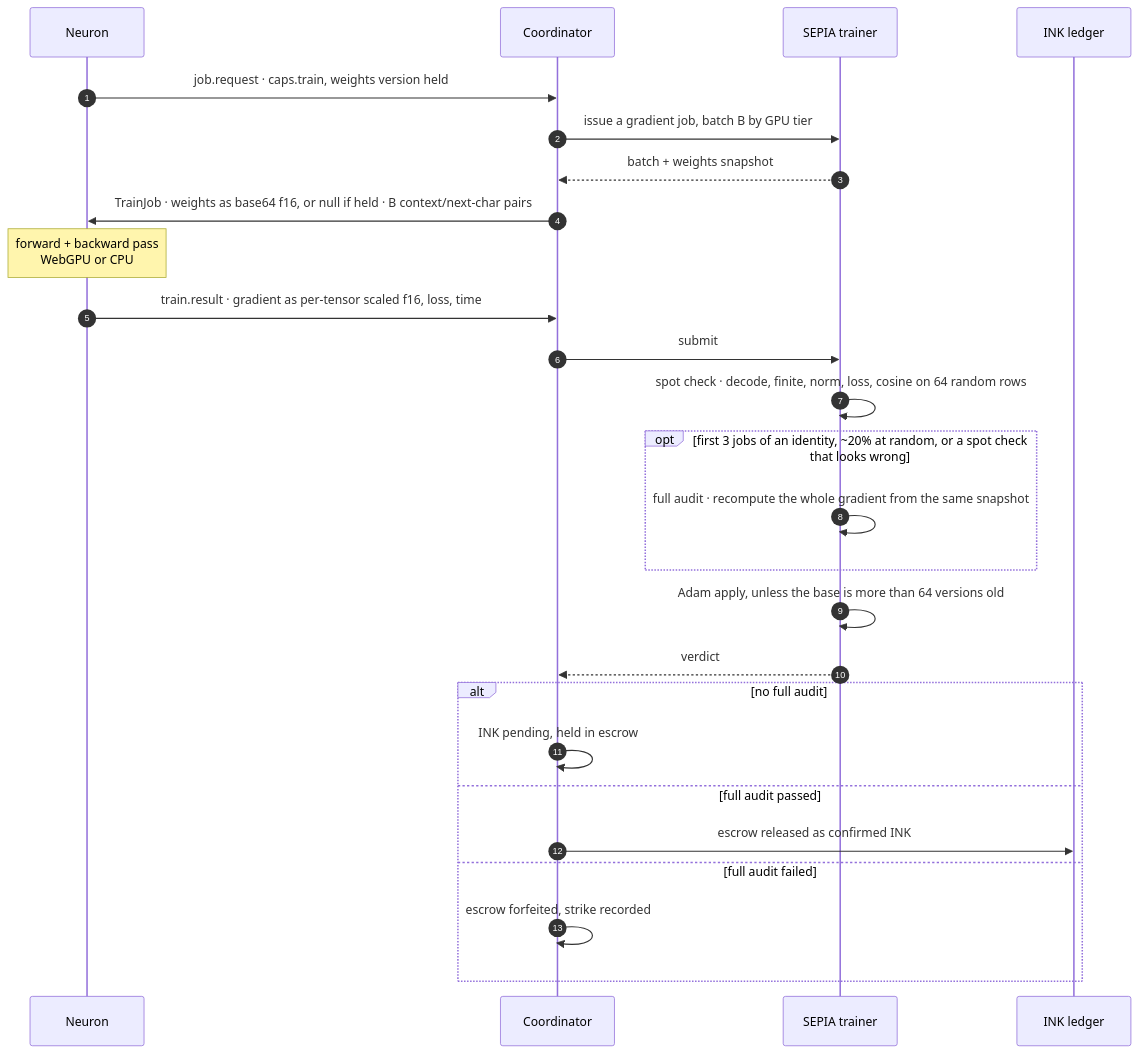
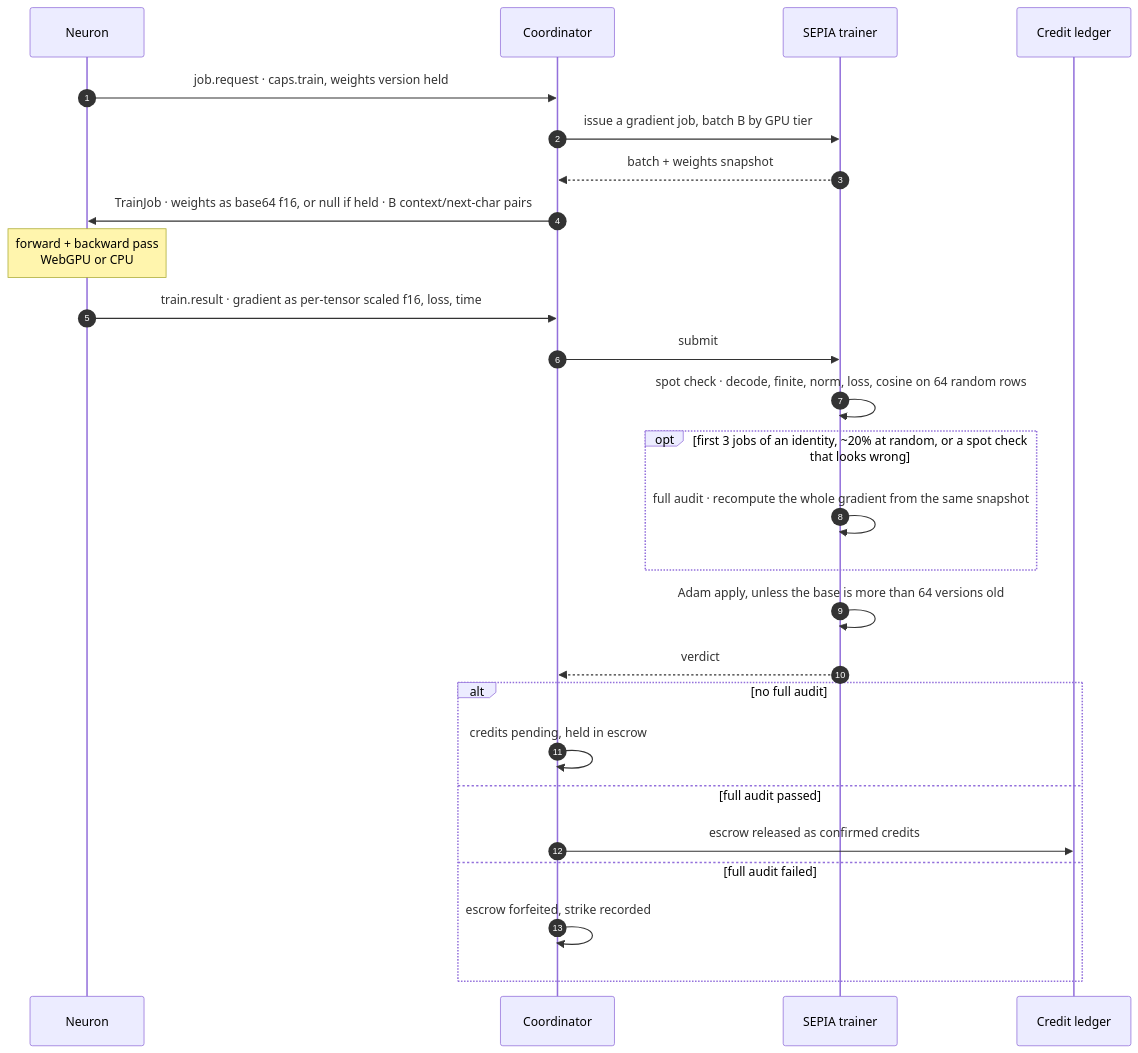
The second of 2 diagrams in README.md (LUSCAINK/LUSCA), drawn with Mermaid before and after one commit. The commit also changed other lines of this file and 46 other files, not shown here.

````diff
--- a/README.md
+++ b/README.md
@@ -99,29 +101,29 @@
 ```mermaid
 sequenceDiagram
   autonumber
   participant N as Neuron
   participant C as Coordinator
   participant T as SEPIA trainer
-  participant L as INK ledger
+  participant L as Credit ledger
 
   N->>C: job.request · caps.train, weights version held
   C->>T: issue a gradient job, batch B by GPU tier
   T-->>C: batch + weights snapshot
   C->>N: TrainJob · weights as base64 f16, or null if held · B context/next-char pairs
   Note over N: forward + backward pass<br/>WebGPU or CPU
   N->>C: train.result · gradient as per-tensor scaled f16, loss, time
   C->>T: submit
   T->>T: spot check · decode, finite, norm, loss, cosine on 64 random rows
   opt first 3 jobs of an identity, ~20% at random, or a spot check that looks wrong
     T->>T: full audit · recompute the whole gradient from the same snapshot
   end
   T->>T: Adam apply, unless the base is more than 64 versions old
   T-->>C: verdict
   alt no full audit
-    C->>C: INK pending, held in escrow
+    C->>C: credits pending, held in escrow
   else full audit passed
-    C->>L: escrow released as confirmed INK
+    C->>L: escrow released as confirmed credits
   else full audit failed
     C->>C: escrow forfeited, strike recorded
   end
 ```
````
